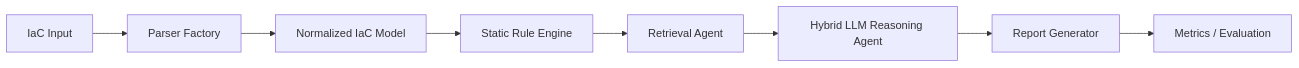
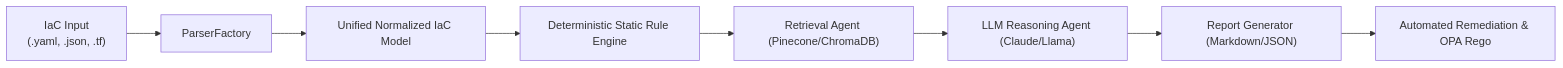
The diagram in llm-iac-security/README.md (soms36-DefSec/llm-iac-security), drawn with Mermaid before and after one commit. The commit also changed other lines of this file and 1 other file, not shown here.

Commit message:
docs: add professional research-grade README with architecture and benchmarks

````diff
--- a/llm-iac-security/README.md
+++ b/llm-iac-security/README.md
@@ -179,10 +123,10 @@
 ```mermaid
 flowchart LR
-  A["IaC Input"] --> B["Parser Factory"]
-  B --> C["Normalized IaC Model"]
-  C --> D["Static Rule Engine"]
-  D --> E["Retrieval Agent"]
-  E --> F["Hybrid LLM Reasoning Agent"]
-  F --> G["Report Generator"]
-  G --> H["Metrics / Evaluation"]
+    A["IaC Input\n(.yaml, .json, .tf)"] --> B["ParserFactory"]
+    B --> C["Unified Normalized IaC Model"]
+    C --> D["Deterministic Static Rule Engine"]
+    D --> E["Retrieval Agent (Pinecone/ChromaDB)"]
+    E --> F["LLM Reasoning Agent (Claude/Llama)"]
+    F --> G["Report Generator (Markdown/JSON)"]
+    G --> H["Automated Remediation & OPA Rego"]
 ```
````
